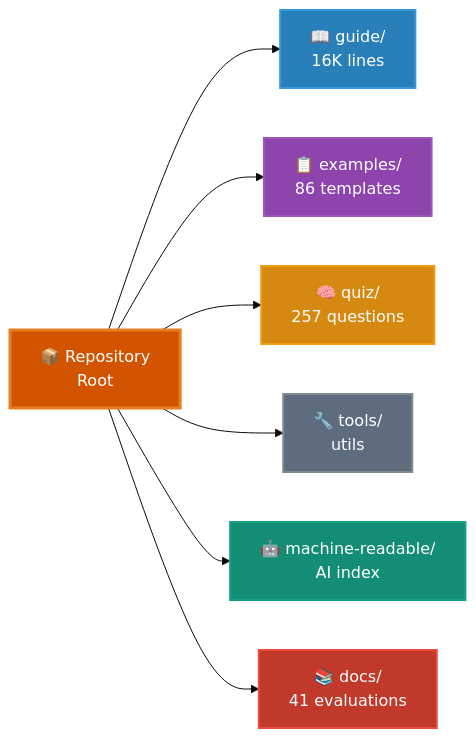
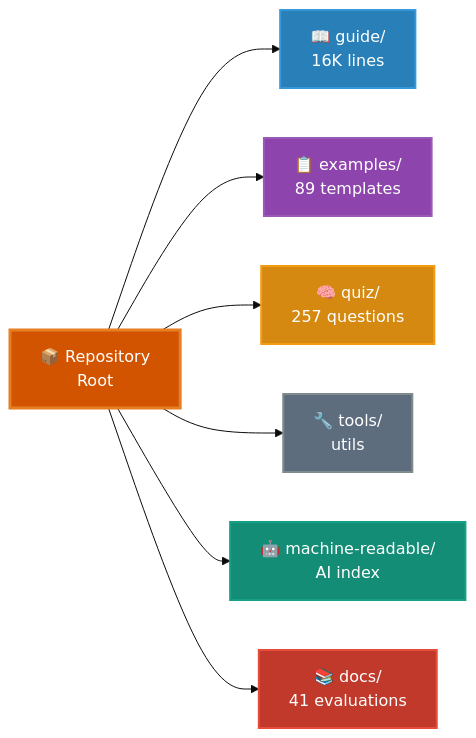
Before and after one commit to scostello/claude-code-ultimate-guide: the diagram in README.md, drawn with Mermaid (base theme). The commit also changed other lines of this file and 10 other files, not shown here.

````diff
--- a/README.md
+++ b/README.md
@@ -65,19 +65,19 @@
 ```mermaid
 graph LR
     root[📦 Repository<br/>Root]
 
     root --> guide[📖 guide/<br/>16K lines]
-    root --> examples[📋 examples/<br/>86 templates]
+    root --> examples[📋 examples/<br/>89 templates]
     root --> quiz[🧠 quiz/<br/>257 questions]
     root --> tools[🔧 tools/<br/>utils]
     root --> machine[🤖 machine-readable/<br/>AI index]
     root --> docs[📚 docs/<br/>41 evaluations]
 
     style root fill:#d35400,stroke:#e67e22,stroke-width:3px,color:#fff
     style guide fill:#2980b9,stroke:#3498db,stroke-width:2px,color:#fff
     style examples fill:#8e44ad,stroke:#9b59b6,stroke-width:2px,color:#fff
     style quiz fill:#d68910,stroke:#f39c12,stroke-width:2px,color:#fff
     style tools fill:#5d6d7e,stroke:#7f8c8d,stroke-width:2px,color:#fff
     style machine fill:#138d75,stroke:#16a085,stroke-width:2px,color:#fff
     style docs fill:#c0392b,stroke:#e74c3c,stroke-width:2px,color:#fff
 ```
````
